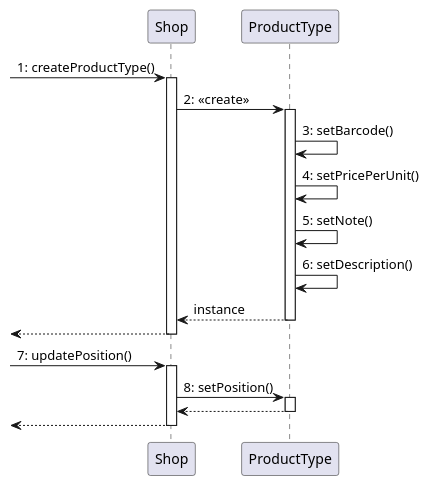
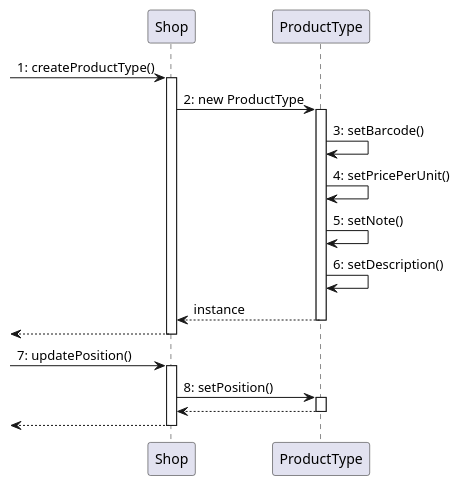
The third of 13 diagrams in Deliverables/DesignDocument.md (MatteoBattilana/EzShop), drawn with PlantUML before and after one commit. The commit also changed other lines of this file, not shown here.

Commit message:
docs: changed <<create>> to new

````diff
--- a/Deliverables/DesignDocument.md
+++ b/Deliverables/DesignDocument.md
@@ -306,24 +306,24 @@
 ```plantuml
 @startuml
 ->Shop: 1: createProductType()
 activate Shop
-Shop -> ProductType: 2: <<create>>
+Shop -> ProductType: 2: new ProductType
 
 activate ProductType
 
 ProductType ->ProductType:   3: setBarcode()
 
 ProductType ->ProductType:   4: setPricePerUnit()
 
 ProductType ->ProductType:   5: setNote()
 ProductType ->ProductType:   6: setDescription()
 return instance
 return
 ->Shop: 7: updatePosition()
 activate Shop
 Shop -> ProductType: 8: setPosition()
 activate ProductType
 return
 return
 @enduml
 ```
````
